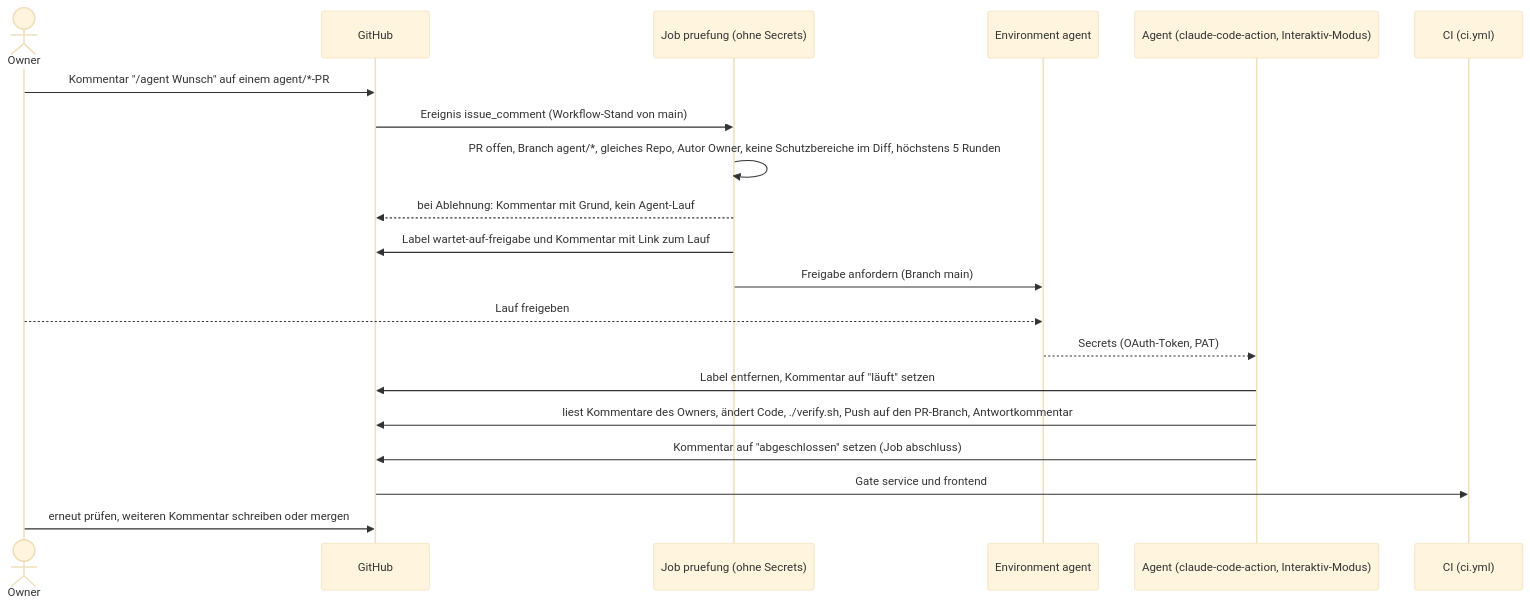
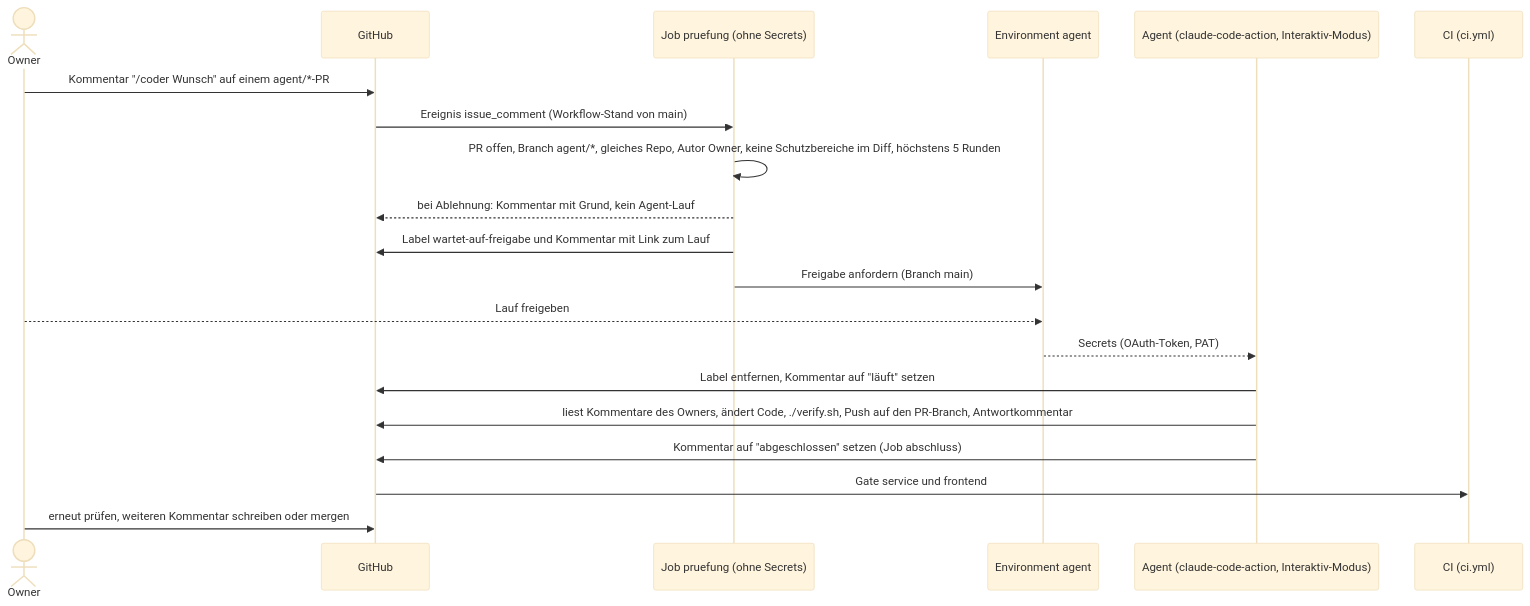
The fifth of 5 diagrams in docs/architecture.md (juheba/sw-factory-tryout), drawn with Mermaid (base theme) before and after one commit. The commit also changed 5 other files, not shown here.

First line of the commit message:
chore: Coder-Workflows umbenannt, Befehl /coder (mit /agent als Übergang) (#160)

````diff
--- a/docs/architecture.md
+++ b/docs/architecture.md
@@ -104,22 +104,22 @@
 ```mermaid
 sequenceDiagram
     actor O as Owner
     participant GH as GitHub
     participant P as Job pruefung (ohne Secrets)
     participant Env as Environment agent
     participant A as Agent (claude-code-action, Interaktiv-Modus)
     participant CI as CI (ci.yml)
-    O->>GH: Kommentar "/agent Wunsch" auf einem agent/*-PR
+    O->>GH: Kommentar "/coder Wunsch" auf einem agent/*-PR
     GH->>P: Ereignis issue_comment (Workflow-Stand von main)
     P->>P: PR offen, Branch agent/*, gleiches Repo, Autor Owner, keine Schutzbereiche im Diff, höchstens 5 Runden
     P-->>GH: bei Ablehnung: Kommentar mit Grund, kein Agent-Lauf
     P->>GH: Label wartet-auf-freigabe und Kommentar mit Link zum Lauf
     P->>Env: Freigabe anfordern (Branch main)
     O-->>Env: Lauf freigeben
     Env-->>A: Secrets (OAuth-Token, PAT)
     A->>GH: Label entfernen, Kommentar auf "läuft" setzen
     A->>GH: liest Kommentare des Owners, ändert Code, ./verify.sh, Push auf den PR-Branch, Antwortkommentar
     A->>GH: Kommentar auf "abgeschlossen" setzen (Job abschluss)
     GH->>CI: Gate service und frontend
     O->>GH: erneut prüfen, weiteren Kommentar schreiben oder mergen
 ```
````
